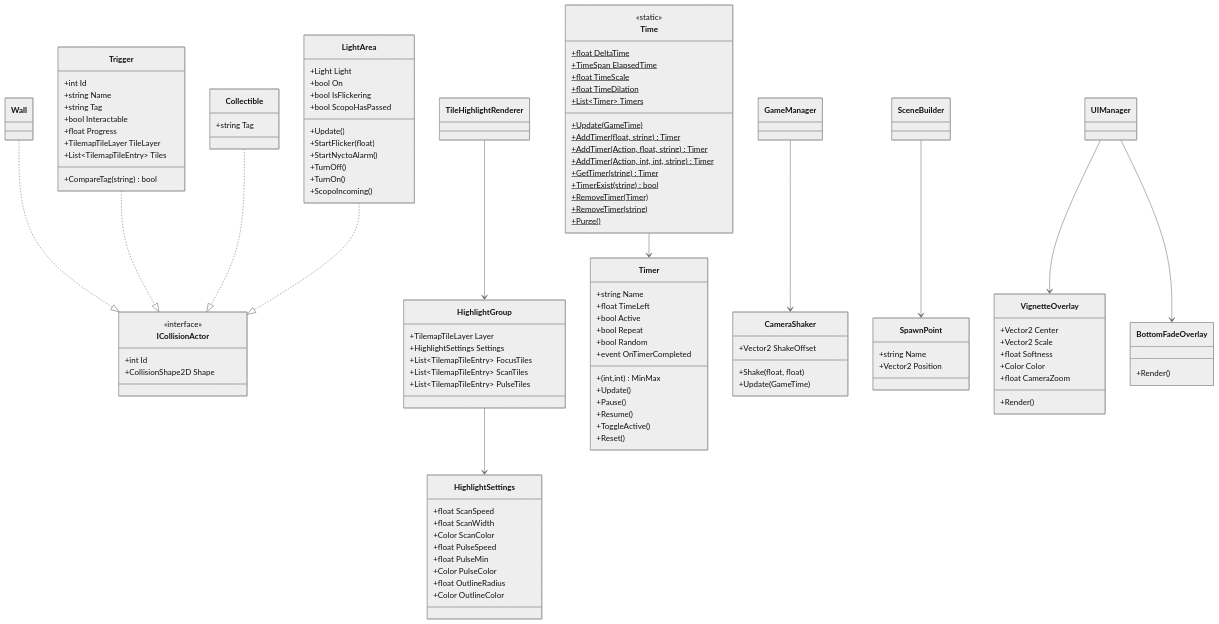
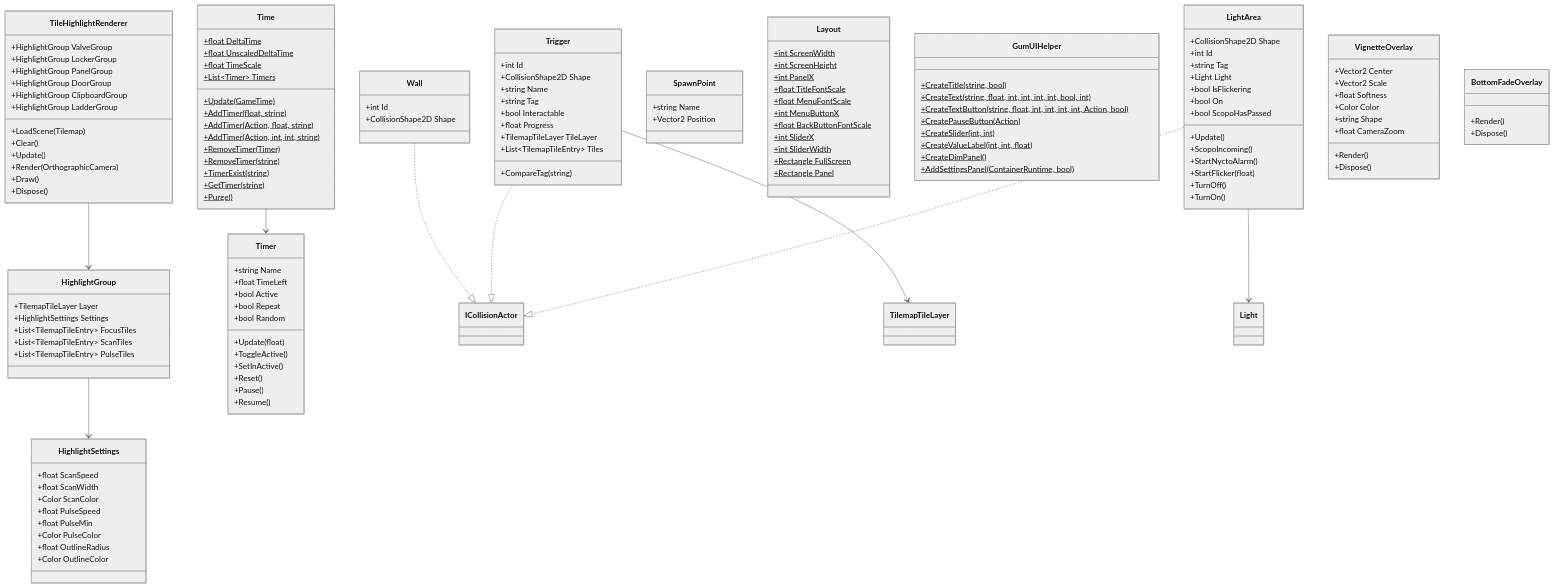
One commit to Sambopukkazz/DG225_CoreX changed the fourth of 7 diagrams in docs/03_Software/02-class-diagram.md. Above: the diagram before and after it, drawn with Mermaid (neutral theme). The commit also changed other lines of this file and 21 other files, not shown here.

````diff
--- a/docs/03_Software/02-class-diagram.md
+++ b/docs/03_Software/02-class-diagram.md
@@ -436,40 +529,45 @@
 ```mermaid
 classDiagram
-    class ICollisionActor {
-        <<interface>>
+    class Trigger {
         +int Id
         +CollisionShape2D Shape
-    }
-    class Wall
-    class Trigger {
-        +int Id
         +string Name
         +string Tag
         +bool Interactable
         +float Progress
         +TilemapTileLayer TileLayer
         +List~TilemapTileEntry~ Tiles
-        +CompareTag(string) bool
+        +CompareTag(string)
     }
-    class Collectible {
+
+    class Wall {
+        +int Id
+        +CollisionShape2D Shape
+    }
+
+    class LightArea {
+        +CollisionShape2D Shape
+        +int Id
         +string Tag
-    }
-    class LightArea {
         +Light Light
+        +bool IsFlickering
         +bool On
-        +bool IsFlickering
         +bool ScopoHasPassed
         +Update()
+        +ScopoIncoming()
+        +StartNyctoAlarm()
         +StartFlicker(float)
-        +StartNyctoAlarm()
         +TurnOff()
         +TurnOn()
-        +ScopoIncoming()
     }
-    Wall ..|> ICollisionActor
-    Trigger ..|> ICollisionActor
-    Collectible ..|> ICollisionActor
-    LightArea ..|> ICollisionActor
+
+    class HighlightGroup {
+        +TilemapTileLayer Layer
+        +HighlightSettings Settings
+        +List~TilemapTileEntry~ FocusTiles
+        +List~TilemapTileEntry~ ScanTiles
+        +List~TilemapTileEntry~ PulseTiles
+    }
 
     class HighlightSettings {
         +float ScanSpeed
@@ -481,71 +579,104 @@
         +float OutlineRadius
         +Color OutlineColor
     }
-    class HighlightGroup {
-        +TilemapTileLayer Layer
-        +HighlightSettings Settings
-        +List~TilemapTileEntry~ FocusTiles
-        +List~TilemapTileEntry~ ScanTiles
-        +List~TilemapTileEntry~ PulseTiles
+
+    class TileHighlightRenderer {
+        +HighlightGroup ValveGroup
+        +HighlightGroup LockerGroup
+        +HighlightGroup PanelGroup
+        +HighlightGroup DoorGroup
+        +HighlightGroup ClipboardGroup
+        +HighlightGroup LadderGroup
+        +LoadScene(Tilemap)
+        +Clear()
+        +Update()
+        +Render(OrthographicCamera)
+        +Draw()
+        +Dispose()
     }
-    TileHighlightRenderer --> HighlightGroup
-    HighlightGroup --> HighlightSettings
+
+    class SpawnPoint {
+        +string Name
+        +Vector2 Position
+    }
+
+    class Layout {
+        +int ScreenWidth$
+        +int ScreenHeight$
+        +int PanelX$
+        +float TitleFontScale$
+        +float MenuFontScale$
+        +int MenuButtonX$
+        +float BackButtonFontScale$
+        +int SliderX$
+        +int SliderWidth$
+        +Rectangle FullScreen$
+        +Rectangle Panel$
+    }
+
+    class GumUIHelper {
+        +CreateTitle(string, bool)$
+        +CreateText(string, float, int, int, int, int, bool, int)$
+        +CreateTextButton(string, float, int, int, int, int, Action, bool)$
+        +CreatePauseButton(Action)$
+        +CreateSlider(int, int)$
+        +CreateValueLabel(int, int, float)$
+        +CreateDimPanel()$
+        +AddSettingsPanel(ContainerRuntime, bool)$
+    }
 
     class Time {
-        <<static>>
         +float DeltaTime$
-        +TimeSpan ElapsedTime$
+        +float UnscaledDeltaTime$
         +float TimeScale$
-        +float TimeDilation$
         +List~Timer~ Timers$
         +Update(GameTime)$
-        +AddTimer(float, string) Timer$
-        +AddTimer(Action, float, string) Timer$
-        +AddTimer(Action, int, int, string) Timer$
-        +GetTimer(string) Timer$
-        +TimerExist(string) bool$
+        +AddTimer(float, string)$
+        +AddTimer(Action, float, string)$
+        +AddTimer(Action, int, int, string)$
         +RemoveTimer(Timer)$
         +RemoveTimer(string)$
+        +TimerExist(string)$
+        +GetTimer(string)$
         +Purge()$
     }
+
     class Timer {
         +string Name
         +float TimeLeft
         +bool Active
         +bool Repeat
         +bool Random
-        +(int,int) MinMax
-        +Update()
+        +Update(float)
+        +ToggleActive()
+        +SetInActive()
+        +Reset()
         +Pause()
         +Resume()
-        +ToggleActive()
-        +Reset()
-        +event OnTimerCompleted
     }
-    class CameraShaker {
-        +Vector2 ShakeOffset
-        +Shake(float, float)
-        +Update(GameTime)
-    }
-    class SpawnPoint {
-        +string Name
-        +Vector2 Position
-    }
+
     class VignetteOverlay {
         +Vector2 Center
         +Vector2 Scale
         +float Softness
         +Color Color
+        +string Shape
         +float CameraZoom
         +Render()
+        +Dispose()
     }
+
     class BottomFadeOverlay {
         +Render()
+        +Dispose()
     }
 
+    Trigger ..|> ICollisionActor
+    Wall ..|> ICollisionActor
+    LightArea ..|> ICollisionActor
+    TileHighlightRenderer --> HighlightGroup
+    HighlightGroup --> HighlightSettings
     Time --> Timer
-    UIManager --> VignetteOverlay
-    UIManager --> BottomFadeOverlay
-    GameManager --> CameraShaker
-    SceneBuilder --> SpawnPoint
+    Trigger --> TilemapTileLayer
+    LightArea --> Light
 ```
````
